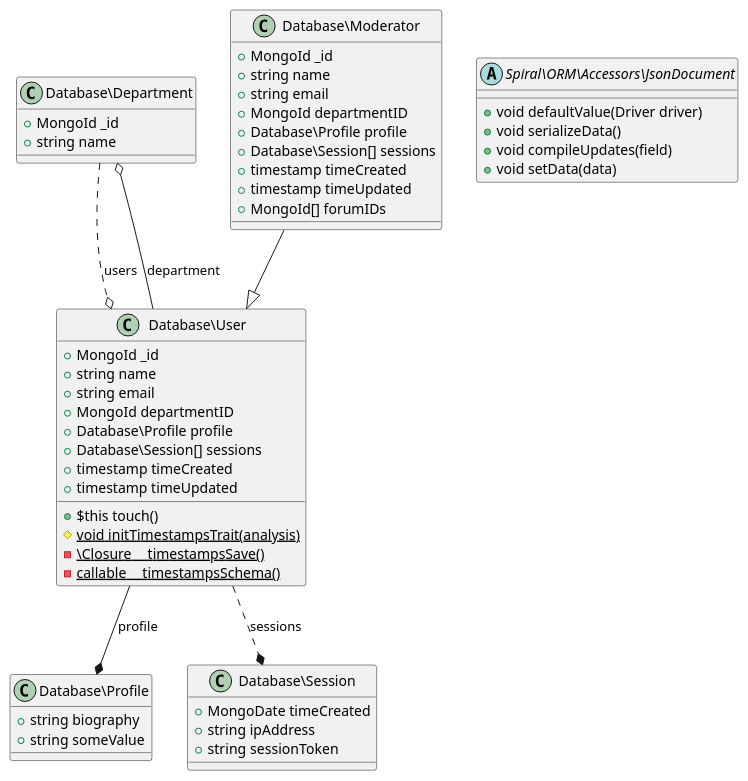
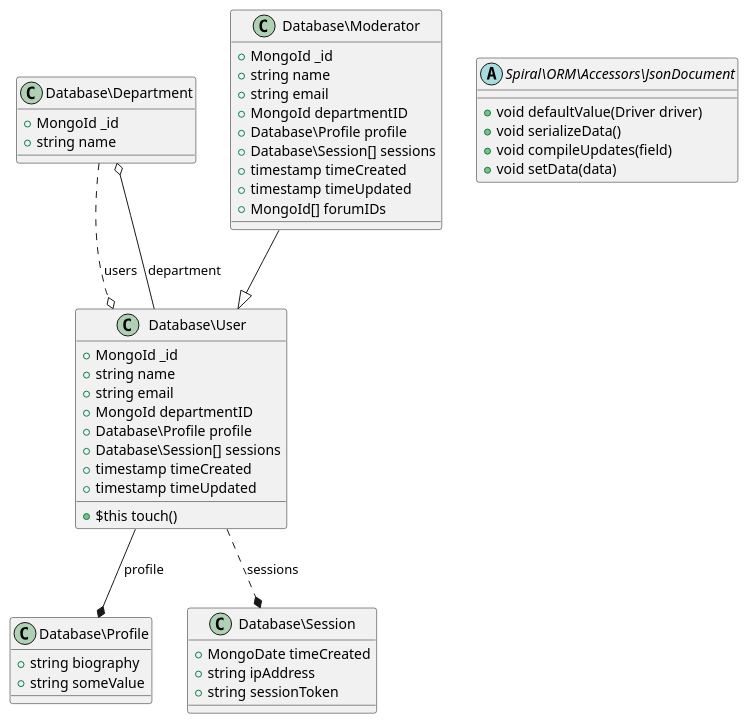
One commit to spiral/docs changed the diagram in odm/uml.md. Above: the diagram before and after it, drawn with PlantUML.

````diff
--- a/odm/uml.md
+++ b/odm/uml.md
@@ -68,64 +68,61 @@
 ```uml
 @startuml
 class "Database\\Department" { 
   + MongoId _id
   + string name
 }
 
 "Database\\Department" ..o "Database\\User":users
 
 class "Database\\Moderator" { 
   + MongoId _id
   + string name
   + string email
   + MongoId departmentID
   + Database\\Profile profile
   + Database\\Session[] sessions
   + timestamp timeCreated
   + timestamp timeUpdated
   + MongoId[] forumIDs
 }
 
 "Database\\Moderator" --|> "Database\\User"
 
 class "Database\\Profile" { 
   + string biography
   + string someValue
 }
 
 class "Database\\Session" { 
   + MongoDate timeCreated
   + string ipAddress
   + string sessionToken
 }
 
 class "Database\\User" { 
   + MongoId _id
   + string name
   + string email
   + MongoId departmentID
   + Database\\Profile profile
   + Database\\Session[] sessions
   + timestamp timeCreated
   + timestamp timeUpdated
   + $this touch()
-  {static} # void initTimestampsTrait(analysis)
-  {static} - \Closure __timestampsSave()
-  {static} - callable __timestampsSchema()
 }
 
 "Database\\User" --* "Database\\Profile":profile
 
 "Database\\User" ..* "Database\\Session":sessions
 
 "Database\\User" --o "Database\\Department":department
 
 abstract class "Spiral\\ORM\\Accessors\\JsonDocument" { 
   + void defaultValue(Driver driver)
   + void serializeData()
   + void compileUpdates(field)
   + void setData(data)
 }
 
 @enduml
 ```
````
